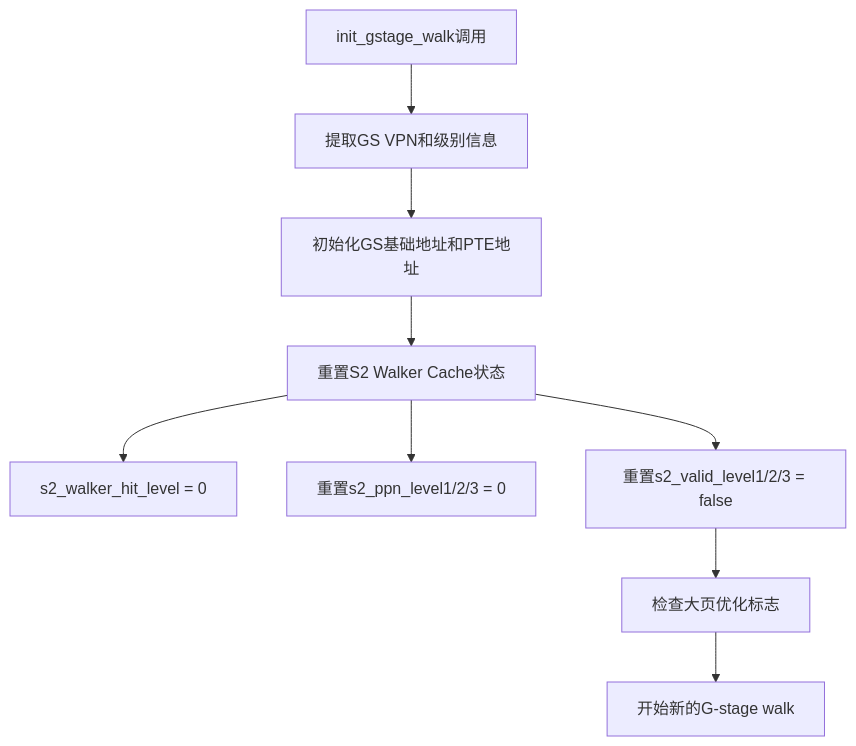
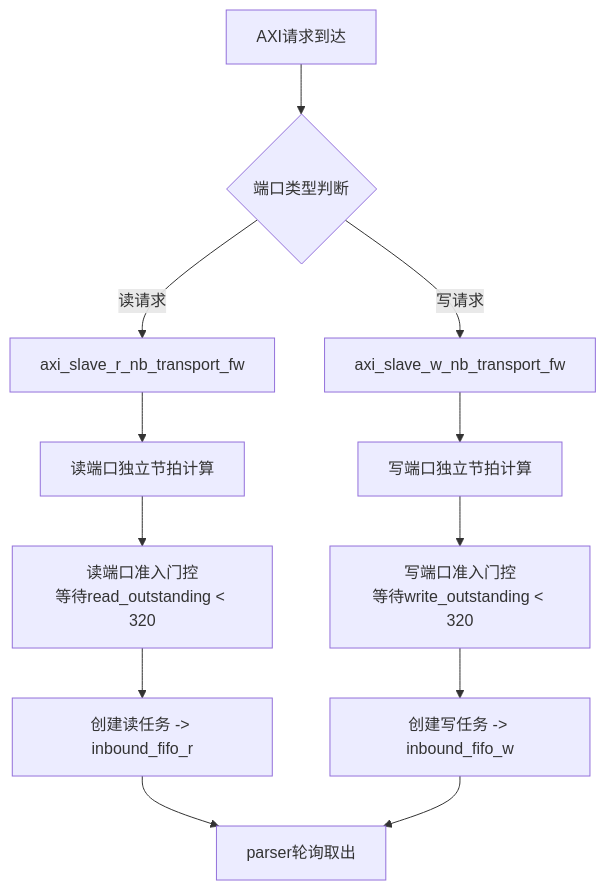
The fourth of 10 diagrams in .qoder/repowiki/zh/content/核心架构/顶层模块设计.md (jiangjiang1122/iommu_model_20260401_v1), drawn with Mermaid before and after one commit. The commit also changed other lines of this file and 55 other files, not shown here.

````diff
--- a/.qoder/repowiki/zh/content/核心架构/顶层模块设计.md
+++ b/.qoder/repowiki/zh/content/核心架构/顶层模块设计.md
@@ -314,11 +302,14 @@
 ```mermaid
 flowchart TD
-A[init_gstage_walk调用] --> B[提取GS VPN和级别信息]
-B --> C[初始化GS基础地址和PTE地址]
-C --> D[重置S2 Walker Cache状态]
-D --> E[s2_walker_hit_level = 0]
-D --> F[重置s2_ppn_level1/2/3 = 0]
-D --> G[重置s2_valid_level1/2/3 = false]
-G --> H[检查大页优化标志]
-H --> I[开始新的G-stage walk]
+A[AXI请求到达] --> B{端口类型判断}
+B --> |读请求| C[axi_slave_r_nb_transport_fw]
+B --> |写请求| D[axi_slave_w_nb_transport_fw]
+C --> E[读端口独立节拍计算]
+D --> F[写端口独立节拍计算]
+E --> G[读端口准入门控<br/>等待read_outstanding < 320]
+F --> H[写端口准入门控<br/>等待write_outstanding < 320]
+G --> I[创建读任务 -> inbound_fifo_r]
+H --> J[创建写任务 -> inbound_fifo_w]
+I --> K[parser轮询取出]
+J --> K
 ```
````
